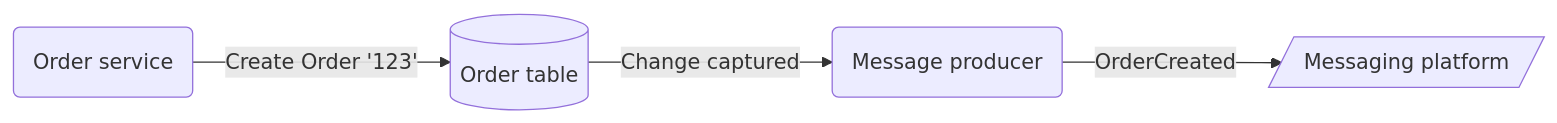
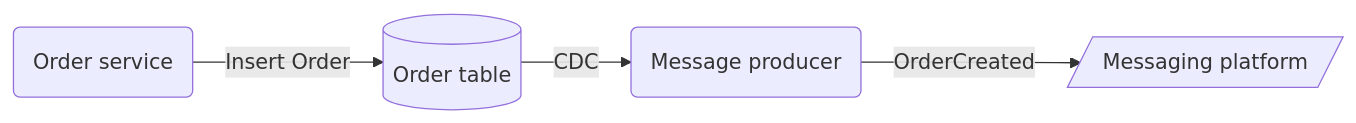
The first of 4 diagrams in docs/_posts/2022-06-07-consistency-with-microservices-part-2.md (fnipo/fnipo.github.io), drawn with Mermaid before and after one commit. The commit also changed other lines of this file, not shown here.

Commit message:
Improving diagrams

````diff
--- a/docs/_posts/2022-06-07-consistency-with-microservices-part-2.md
+++ b/docs/_posts/2022-06-07-consistency-with-microservices-part-2.md
@@ -46,6 +46,6 @@
 ```mermaid!
 flowchart LR
-    A(Order service) --> |Create Order '123'| B[(Order table)]
-    B --> |Change captured| C(Message producer)
+    A(Order service) --> |Insert Order| B[(Order table)]
+    B --> |CDC| C(Message producer)
     C --> |OrderCreated| D[/Messaging platform/]
 ```
````
